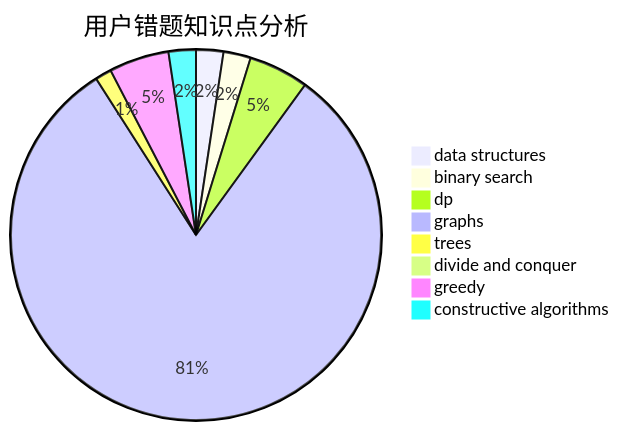
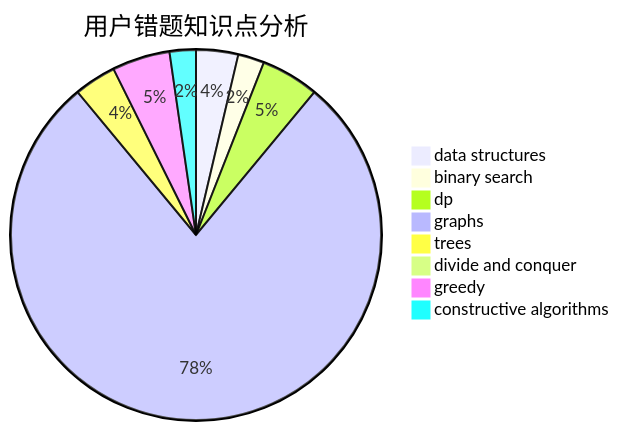
The third of 3 diagrams in docs/user/u1057.md (sherpahu/cfrs.github.io), drawn with Mermaid before and after one commit. The commit also changed other lines of this file and 2770 other files, not shown here.

````diff
--- a/docs/user/u1057.md
+++ b/docs/user/u1057.md
@@ -36,11 +36,11 @@
 ```mermaid
 pie title 用户错题知识点分析
-    "data structures" :  5
+    "data structures" :  8
     "binary search" :  5
     "dp" :  11
     "graphs" :  170
-    "trees" :  3
+    "trees" :  8
     "divide and conquer" :  0
     "greedy" :  11
     "constructive algorithms" :  5
 ```
````
